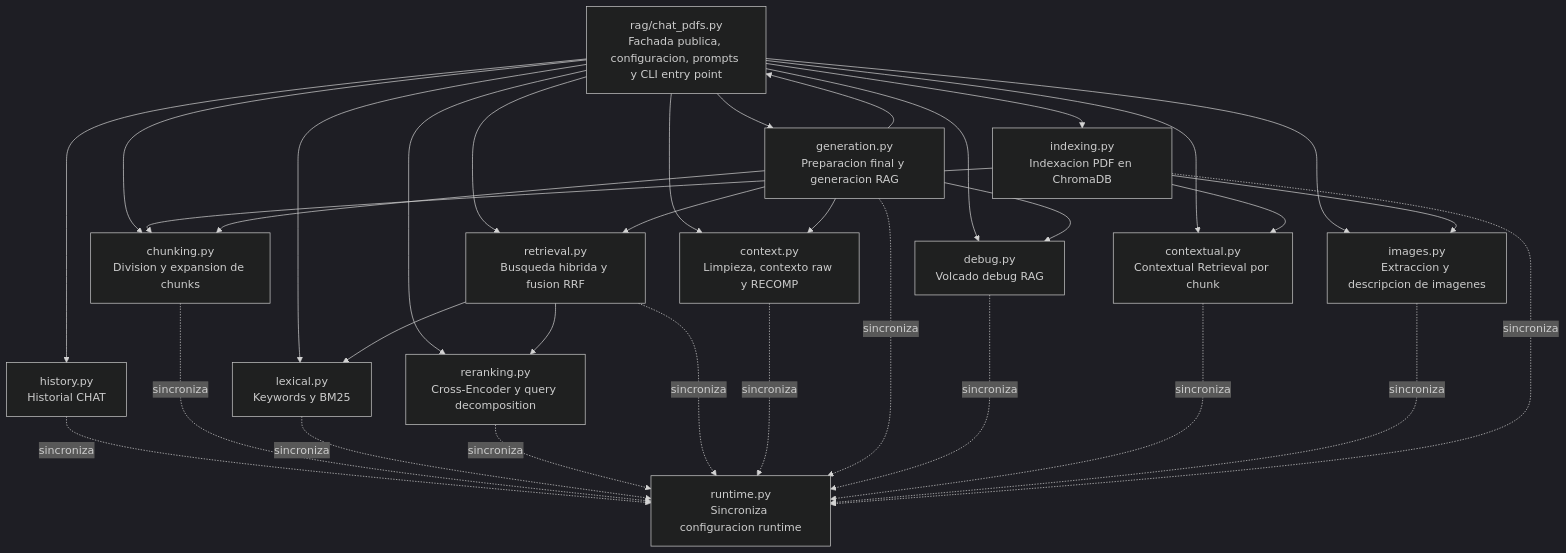
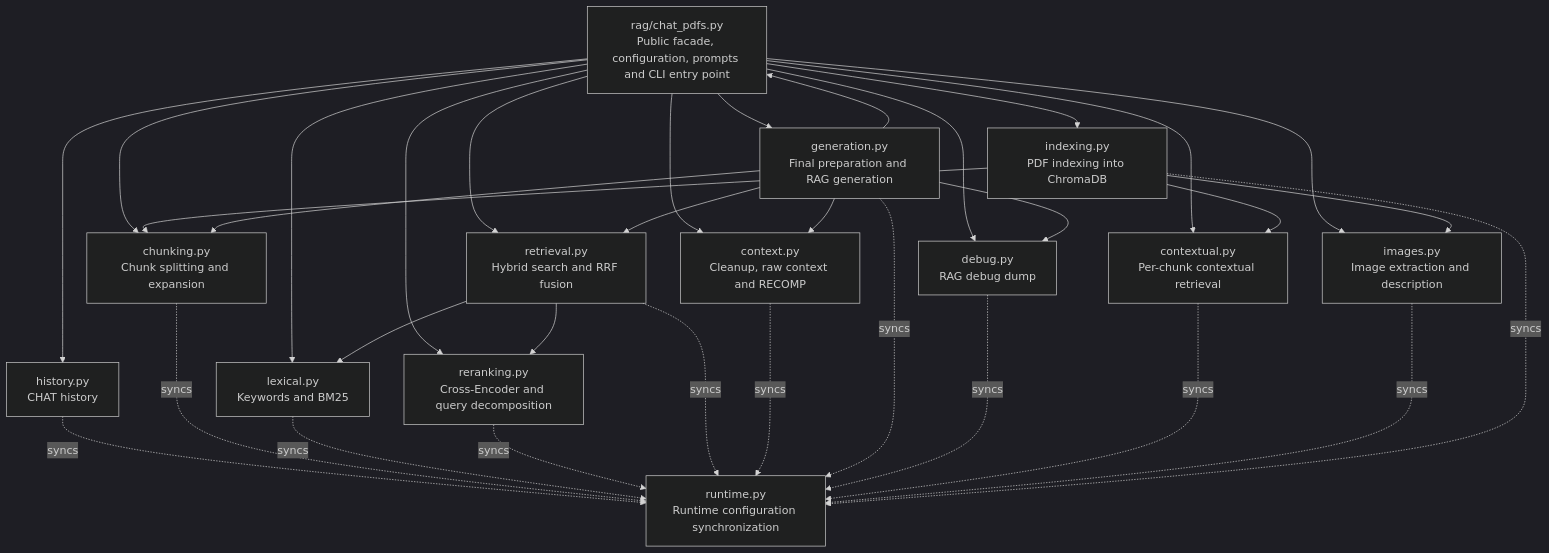
One commit to iDiagoValeta/localOllamaRAG changed the diagram in rag/engine/ENGINE_MAP.md. Above: the diagram before and after it, drawn with Mermaid (dark theme). The commit also changed other lines of this file and 11 other files, not shown here.

````diff
--- a/rag/engine/ENGINE_MAP.md
+++ b/rag/engine/ENGINE_MAP.md
@@ -32,54 +33,54 @@
 ```mermaid
 flowchart TD
-    chat["rag/chat_pdfs.py<br/>Fachada publica, configuracion, prompts y CLI entry point"]
+    chat["rag/chat_pdfs.py<br/>Public facade, configuration, prompts and CLI entry point"]
 
-    runtime["runtime.py<br/>Sincroniza configuracion runtime"]
-    history["history.py<br/>Historial CHAT"]
-    chunking["chunking.py<br/>Division y expansion de chunks"]
-    lexical["lexical.py<br/>Keywords y BM25"]
-    reranking["reranking.py<br/>Cross-Encoder y query decomposition"]
-    retrieval["retrieval.py<br/>Busqueda hibrida y fusion RRF"]
-    context["context.py<br/>Limpieza, contexto raw y RECOMP"]
-    generation["generation.py<br/>Preparacion final y generacion RAG"]
-    debug["debug.py<br/>Volcado debug RAG"]
-    contextual["contextual.py<br/>Contextual Retrieval por chunk"]
-    images["images.py<br/>Extraccion y descripcion de imagenes"]
-    indexing["indexing.py<br/>Indexacion PDF en ChromaDB"]
+    runtime["runtime.py<br/>Runtime configuration synchronization"]
+    history["history.py<br/>CHAT history"]
+    chunking["chunking.py<br/>Chunk splitting and expansion"]
+    lexical["lexical.py<br/>Keywords and BM25"]
+    reranking["reranking.py<br/>Cross-Encoder and query decomposition"]
+    retrieval["retrieval.py<br/>Hybrid search and RRF fusion"]
+    context["context.py<br/>Cleanup, raw context and RECOMP"]
+    generation["generation.py<br/>Final preparation and RAG generation"]
+    debug["debug.py<br/>RAG debug dump"]
+    contextual["contextual.py<br/>Per-chunk contextual retrieval"]
+    images["images.py<br/>Image extraction and description"]
+    indexing["indexing.py<br/>PDF indexing into ChromaDB"]
 
     chat --> history
     chat --> chunking
     chat --> lexical
     chat --> reranking
     chat --> retrieval
     chat --> context
     chat --> generation
     chat --> debug
     chat --> contextual
     chat --> images
     chat --> indexing
 
-    history -. sincroniza .-> runtime
-    chunking -. sincroniza .-> runtime
-    lexical -. sincroniza .-> runtime
-    reranking -. sincroniza .-> runtime
-    retrieval -. sincroniza .-> runtime
-    context -. sincroniza .-> runtime
-    generation -. sincroniza .-> runtime
-    debug -. sincroniza .-> runtime
-    contextual -. sincroniza .-> runtime
-    images -. sincroniza .-> runtime
-    indexing -. sincroniza .-> runtime
+    history -. syncs .-> runtime
+    chunking -. syncs .-> runtime
+    lexical -. syncs .-> runtime
+    reranking -. syncs .-> runtime
+    retrieval -. syncs .-> runtime
+    context -. syncs .-> runtime
+    generation -. syncs .-> runtime
+    debug -. syncs .-> runtime
+    contextual -. syncs .-> runtime
+    images -. syncs .-> runtime
+    indexing -. syncs .-> runtime
 
     indexing --> chunking
     indexing --> contextual
     indexing --> images
 
     retrieval --> lexical
     retrieval --> reranking
 
     generation --> retrieval
     generation --> chunking
     generation --> context
     generation --> debug
     generation --> chat
 ```
````
